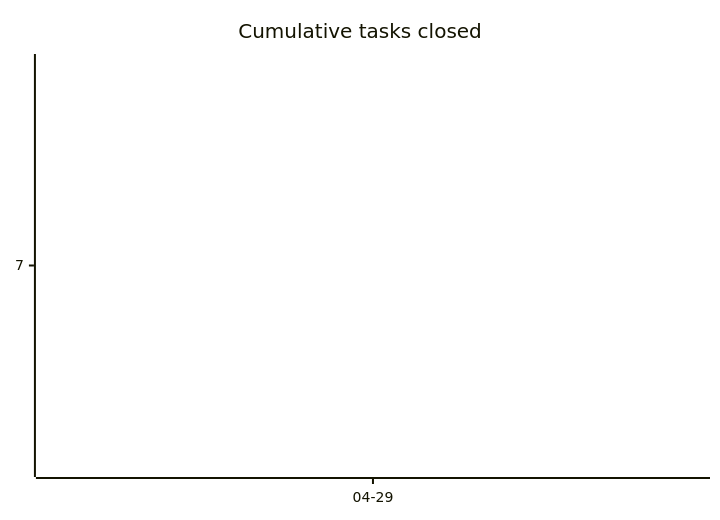
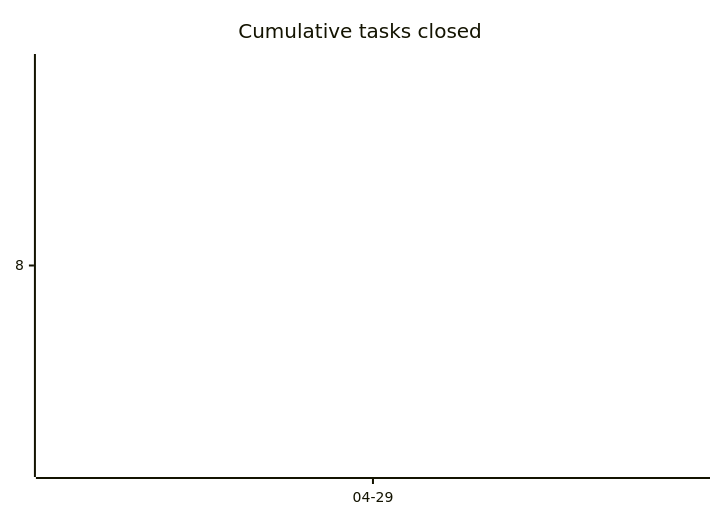
Before and after one commit to tgd1975/AwesomeStudioPedal: the first of 3 diagrams in docs/developers/tasks/OVERVIEW.md, drawn with Mermaid. The commit also changed other lines of this file and 7 other files, not shown here.

````diff
--- a/docs/developers/tasks/OVERVIEW.md
+++ b/docs/developers/tasks/OVERVIEW.md
@@ -20,6 +20,6 @@
 ```mermaid
 xychart-beta
     title "Cumulative tasks closed"
     x-axis ["04-29"]
-    line [7]
+    line [8]
 ```
````
